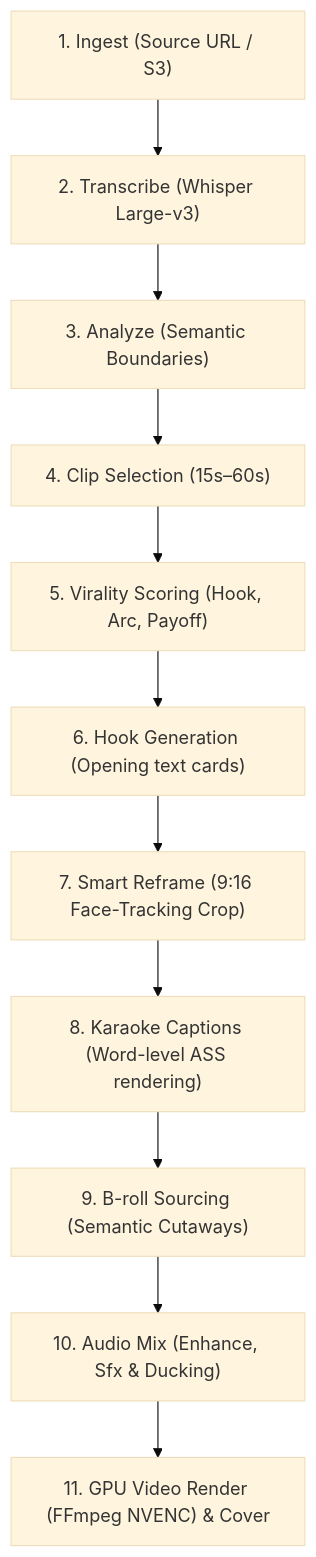
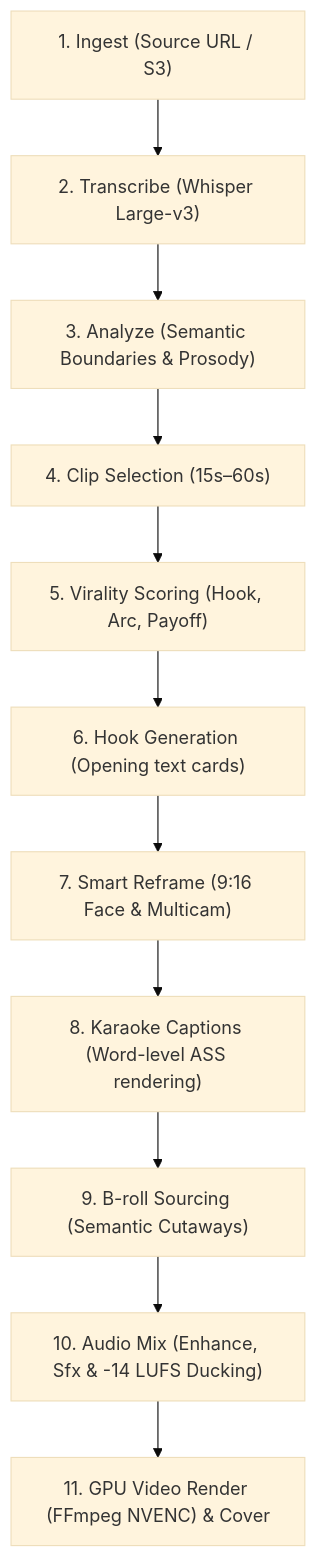
Before and after one commit to fotohubapp/docs: the diagram in recipes/video-to-shorts.md, drawn with Mermaid (base theme). The commit also changed other lines of this file and 11 other files, not shown here.

````diff
--- a/recipes/video-to-shorts.md
+++ b/recipes/video-to-shorts.md
@@ -11,13 +16,13 @@
 ```mermaid
 flowchart TD
     A["1. Ingest (Source URL / S3)"] --> B["2. Transcribe (Whisper Large-v3)"]
-    B --> C["3. Analyze (Semantic Boundaries)"]
+    B --> C["3. Analyze (Semantic Boundaries & Prosody)"]
     C --> D["4. Clip Selection (15s–60s)"]
     D --> E["5. Virality Scoring (Hook, Arc, Payoff)"]
     E --> F["6. Hook Generation (Opening text cards)"]
-    F --> G["7. Smart Reframe (9:16 Face-Tracking Crop)"]
+    F --> G["7. Smart Reframe (9:16 Face & Multicam)"]
     G --> H["8. Karaoke Captions (Word-level ASS rendering)"]
     H --> I["9. B-roll Sourcing (Semantic Cutaways)"]
-    I --> J["10. Audio Mix (Enhance, Sfx & Ducking)"]
+    I --> J["10. Audio Mix (Enhance, Sfx & -14 LUFS Ducking)"]
     J --> K["11. GPU Video Render (FFmpeg NVENC) & Cover"]
 ```
````
